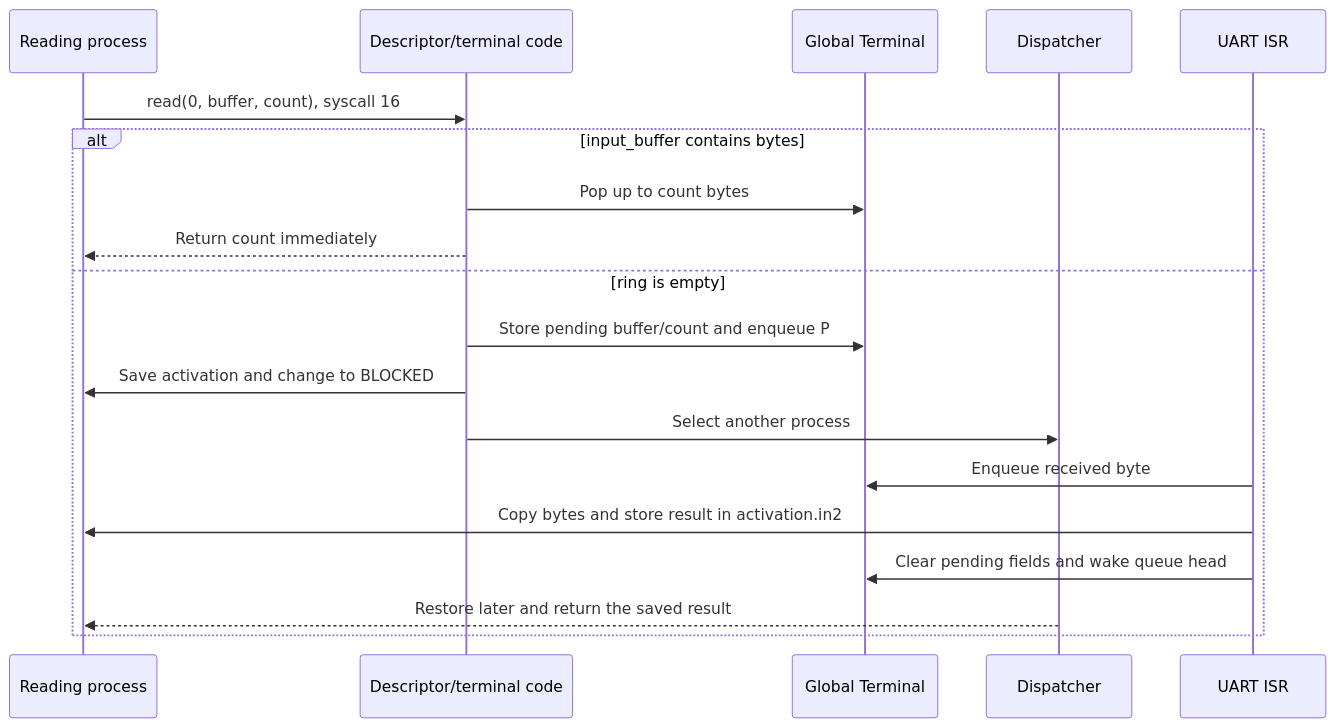
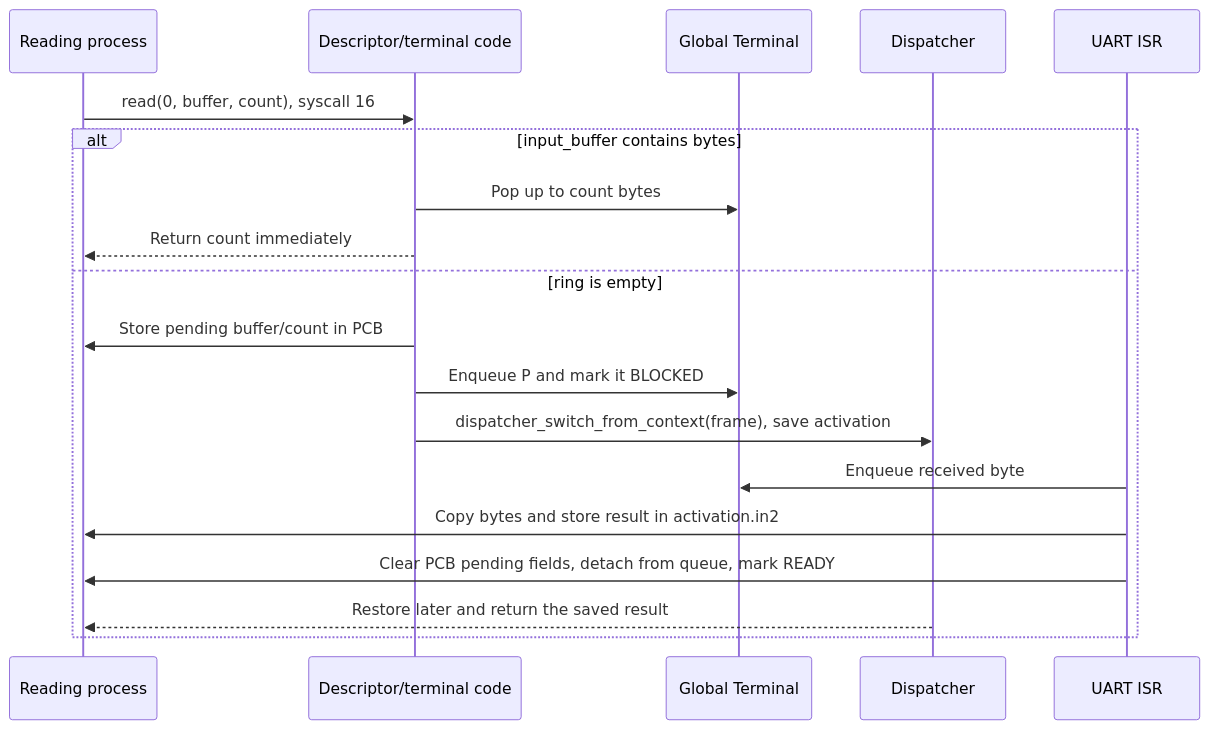
One commit to matthejue/Pico-OS changed diagram 21 of 30 in README.md. Above: the diagram before and after it, drawn with Mermaid. The commit also changed other lines of this file, not shown here.

Commit message:
updated README with clearer explanations, diagrams, and source links

````diff
--- a/README.md
+++ b/README.md
@@ -2614,22 +2894,22 @@
 ```mermaid
 sequenceDiagram
     participant P as Reading process
     participant K as Descriptor/terminal code
     participant T as Global Terminal
     participant D as Dispatcher
     participant U as UART ISR
 
     P->>K: read(0, buffer, count), syscall 16
     alt input_buffer contains bytes
         K->>T: Pop up to count bytes
         K-->>P: Return count immediately
     else ring is empty
-        K->>T: Store pending buffer/count and enqueue P
-        K->>P: Save activation and change to BLOCKED
-        K->>D: Select another process
+        K->>P: Store pending buffer/count in PCB
+        K->>T: Enqueue P and mark it BLOCKED
+        K->>D: dispatcher_switch_from_context(frame), save activation
         U->>T: Enqueue received byte
         U->>P: Copy bytes and store result in activation.in2
-        U->>T: Clear pending fields and wake queue head
+        U->>P: Clear PCB pending fields, detach from queue, mark READY
         D-->>P: Restore later and return the saved result
     end
 ```
````
